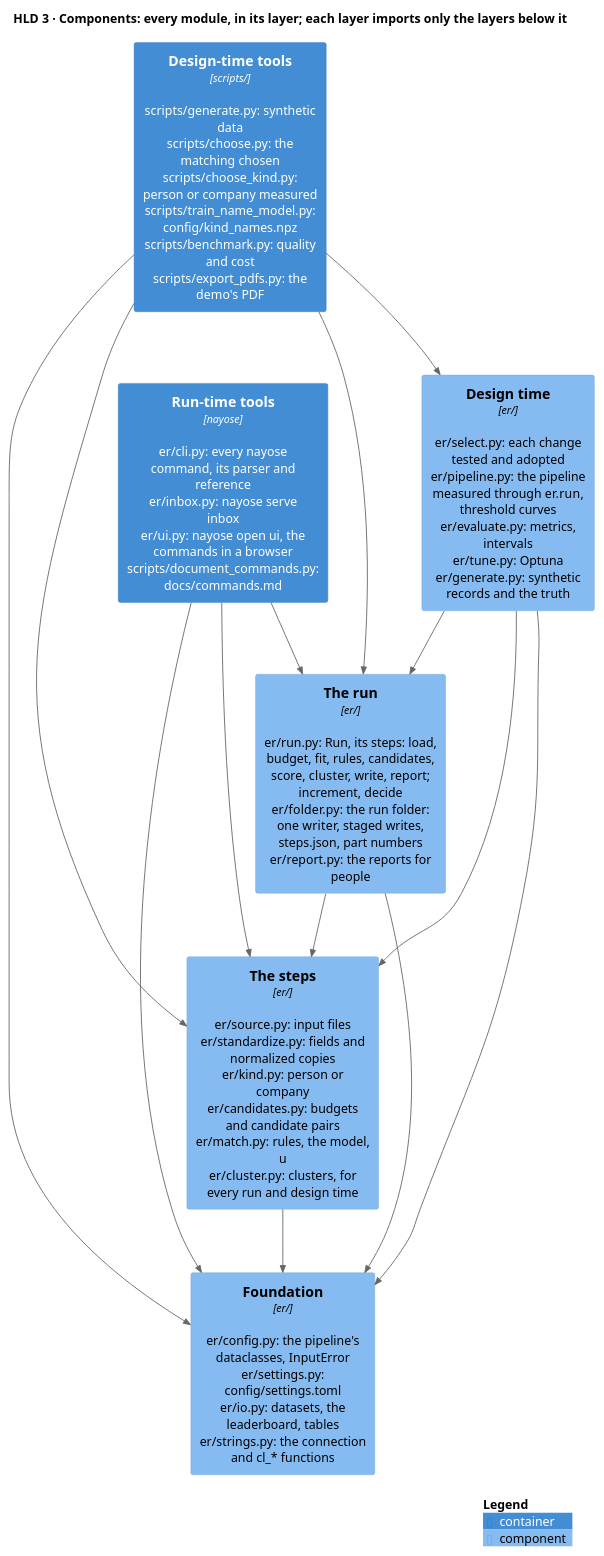
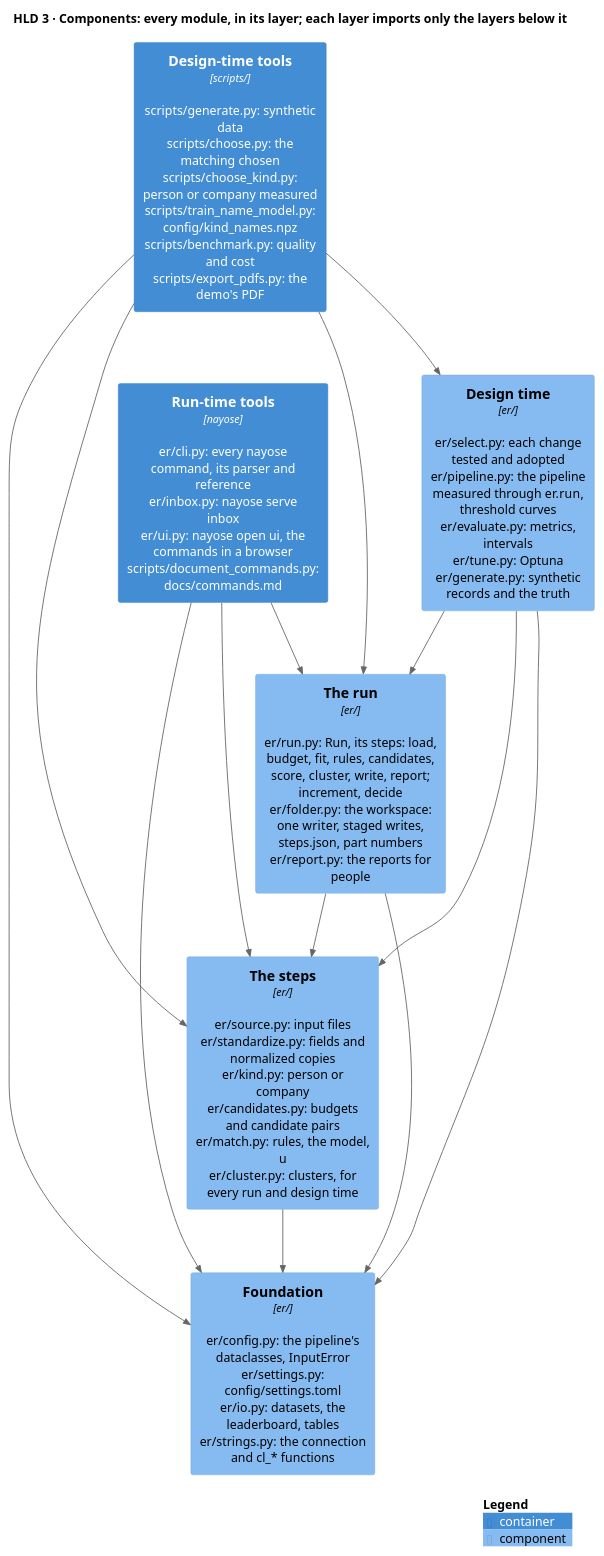
Before and after one commit to mvsbm/entity_matching: the diagram in docs/diagrams/components.puml, drawn with PlantUML. The commit also changed 33 other files, not shown here.

First line of the commit message:
One word for one thing: workspace, on the page and the command line

```diff
--- a/docs/diagrams/components.puml
+++ b/docs/diagrams/components.puml
@@ -1,30 +1,30 @@
 @startuml components
 !include <C4/C4_Component>
 LAYOUT_TOP_DOWN()
 HIDE_STEREOTYPE()
 title HLD 3 · Components: every module, in its layer; each layer imports only the layers below it
 
 Container(tools_run, "Run-time tools", "nayose", "er/cli.py: every nayose command, its parser and reference\ner/inbox.py: nayose serve inbox\ner/ui.py: nayose open ui, the commands in a browser\nscripts/document_commands.py: docs/commands.md")
 Container(tools_design, "Design-time tools", "scripts/", "scripts/generate.py: synthetic data\nscripts/choose.py: the matching chosen\nscripts/choose_kind.py: person or company measured\nscripts/train_name_model.py: config/kind_names.npz\nscripts/benchmark.py: quality and cost\nscripts/export_pdfs.py: the demo's PDF")
 
-Component(run, "The run", "er/", "er/run.py: Run, its steps: load, budget, fit, rules, candidates, score, cluster, write, report; increment, decide\ner/folder.py: the run folder: one writer, staged writes, steps.json, part numbers\ner/report.py: the reports for people")
+Component(run, "The run", "er/", "er/run.py: Run, its steps: load, budget, fit, rules, candidates, score, cluster, write, report; increment, decide\ner/folder.py: the workspace: one writer, staged writes, steps.json, part numbers\ner/report.py: the reports for people")
 Component(design, "Design time", "er/", "er/select.py: each change tested and adopted\ner/pipeline.py: the pipeline measured through er.run, threshold curves\ner/evaluate.py: metrics, intervals\ner/tune.py: Optuna\ner/generate.py: synthetic records and the truth")
 Component(steps, "The steps", "er/", "er/source.py: input files\ner/standardize.py: fields and normalized copies\ner/kind.py: person or company\ner/candidates.py: budgets and candidate pairs\ner/match.py: rules, the model, u\ner/cluster.py: clusters, for every run and design time")
 Component(configuration, "Foundation", "er/", "er/config.py: the pipeline's dataclasses, InputError\ner/settings.py: config/settings.toml\ner/io.py: datasets, the leaderboard, tables\ner/strings.py: the connection and cl_* functions")
 
 Rel_D(tools_run, run, "")
 Rel_D(tools_run, steps, "")
 Rel_D(tools_run, configuration, "")
 Rel_D(tools_design, run, "")
 Rel_D(tools_design, design, "")
 Rel_D(tools_design, steps, "")
 Rel_D(tools_design, configuration, "")
 Rel_D(run, steps, "")
 Rel_D(run, configuration, "")
 Rel_D(design, run, "")
 Rel_D(design, steps, "")
 Rel_D(design, configuration, "")
 Rel_D(steps, configuration, "")
 
 SHOW_LEGEND()
 @enduml
```
